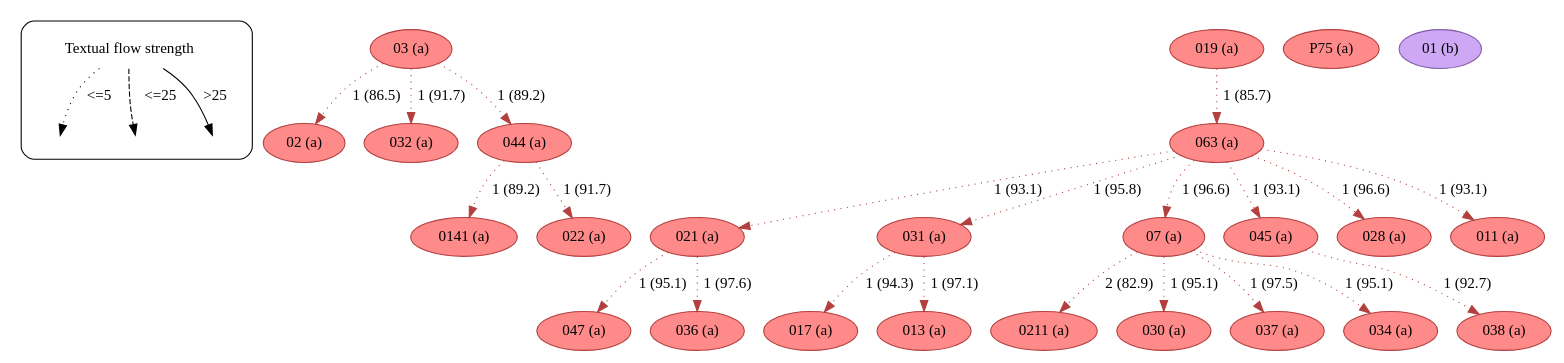
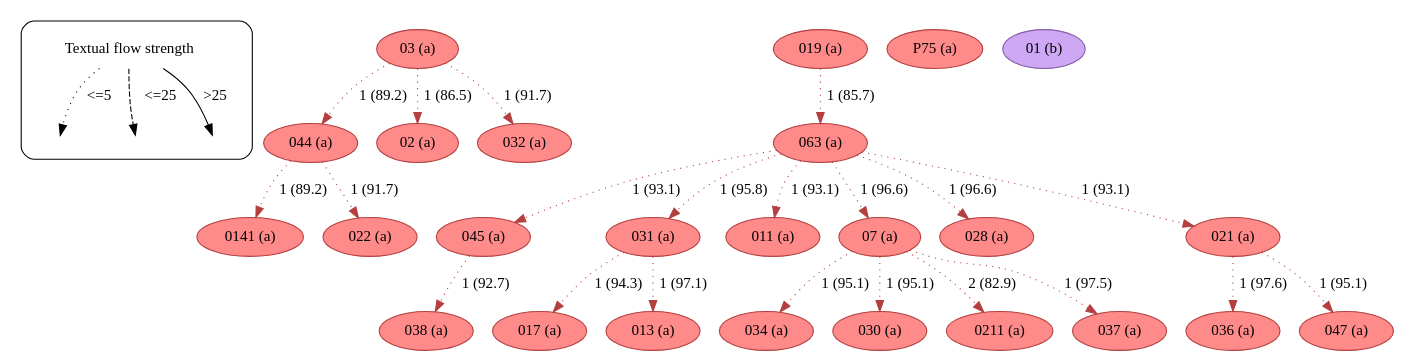
The diagram in example/c499/textual_flow_24_36_c499.dot (edmondac/CBGM), drawn with Graphviz before and after one commit. The commit also changed other lines of this file and 168 other files, not shown here.

```diff
--- a/example/c499/textual_flow_24_36_c499.dot
+++ b/example/c499/textual_flow_24_36_c499.dot
@@ -1,189 +1,189 @@
 strict digraph  {
 	node [label="\N"];
 	subgraph cluster_legend {
 		graph [style=rounded];
 		leg_s		 [label="Textual flow strength",
 			shape=plaintext];
 		leg_e1		 [fixedsize=True,
 			height=0.2,
 			label="",
 			style=invis];
 		leg_s -> leg_e1		 [label="<=5  ",
 			style=dotted];
 		leg_e2		 [fixedsize=True,
 			height=0.2,
 			label="",
 			style=invis];
 		leg_s -> leg_e2		 [label="  <=25",
 			style=dashed];
 		leg_e3		 [fixedsize=True,
 			height=0.2,
 			label="",
 			style=invis];
 		leg_s -> leg_e3		 [label=">25",
 			style=solid];
 	}
 	03	 [color="#b43f3f",
 		fillcolor="#FF8A8A",
 		label="03 (a)",
 		style=filled];
+	044	 [color="#b43f3f",
+		fillcolor="#FF8A8A",
+		label="044 (a)",
+		style=filled];
+	03 -> 044	 [color="#b43f3f",
+		label="1 (89.2)",
+		style=dotted];
 	02	 [color="#b43f3f",
 		fillcolor="#FF8A8A",
 		label="02 (a)",
 		style=filled];
 	03 -> 02	 [color="#b43f3f",
 		label="1 (86.5)",
 		style=dotted];
 	032	 [color="#b43f3f",
 		fillcolor="#FF8A8A",
 		label="032 (a)",
 		style=filled];
 	03 -> 032	 [color="#b43f3f",
 		label="1 (91.7)",
 		style=dotted];
-	044	 [color="#b43f3f",
+	0141	 [color="#b43f3f",
 		fillcolor="#FF8A8A",
-		label="044 (a)",
+		label="0141 (a)",
 		style=filled];
-	03 -> 044	 [color="#b43f3f",
+	044 -> 0141	 [color="#b43f3f",
 		label="1 (89.2)",
 		style=dotted];
-	021	 [color="#b43f3f",
+	022	 [color="#b43f3f",
 		fillcolor="#FF8A8A",
-		label="021 (a)",
+		label="022 (a)",
 		style=filled];
-	047	 [color="#b43f3f",
-		fillcolor="#FF8A8A",
-		label="047 (a)",
-		style=filled];
-	021 -> 047	 [color="#b43f3f",
-		label="1 (95.1)",
-		style=dotted];
-	036	 [color="#b43f3f",
-		fillcolor="#FF8A8A",
-		label="036 (a)",
-		style=filled];
-	021 -> 036	 [color="#b43f3f",
-		label="1 (97.6)",
+	044 -> 022	 [color="#b43f3f",
+		label="1 (91.7)",
 		style=dotted];
 	063	 [color="#b43f3f",
 		fillcolor="#FF8A8A",
 		label="063 (a)",
 		style=filled];
-	063 -> 021	 [color="#b43f3f",
+	045	 [color="#b43f3f",
+		fillcolor="#FF8A8A",
+		label="045 (a)",
+		style=filled];
+	063 -> 045	 [color="#b43f3f",
 		label="1 (93.1)",
 		style=dotted];
 	031	 [color="#b43f3f",
 		fillcolor="#FF8A8A",
 		label="031 (a)",
 		style=filled];
 	063 -> 031	 [color="#b43f3f",
 		label="1 (95.8)",
 		style=dotted];
+	011	 [color="#b43f3f",
+		fillcolor="#FF8A8A",
+		label="011 (a)",
+		style=filled];
+	063 -> 011	 [color="#b43f3f",
+		label="1 (93.1)",
+		style=dotted];
 	07	 [color="#b43f3f",
 		fillcolor="#FF8A8A",
 		label="07 (a)",
 		style=filled];
 	063 -> 07	 [color="#b43f3f",
 		label="1 (96.6)",
-		style=dotted];
-	045	 [color="#b43f3f",
-		fillcolor="#FF8A8A",
-		label="045 (a)",
-		style=filled];
-	063 -> 045	 [color="#b43f3f",
-		label="1 (93.1)",
 		style=dotted];
 	028	 [color="#b43f3f",
 		fillcolor="#FF8A8A",
 		label="028 (a)",
 		style=filled];
 	063 -> 028	 [color="#b43f3f",
 		label="1 (96.6)",
 		style=dotted];
-	011	 [color="#b43f3f",
+	021	 [color="#b43f3f",
 		fillcolor="#FF8A8A",
-		label="011 (a)",
+		label="021 (a)",
 		style=filled];
-	063 -> 011	 [color="#b43f3f",
+	063 -> 021	 [color="#b43f3f",
 		label="1 (93.1)",
+		style=dotted];
+	038	 [color="#b43f3f",
+		fillcolor="#FF8A8A",
+		label="038 (a)",
+		style=filled];
+	045 -> 038	 [color="#b43f3f",
+		label="1 (92.7)",
 		style=dotted];
 	017	 [color="#b43f3f",
 		fillcolor="#FF8A8A",
 		label="017 (a)",
 		style=filled];
 	031 -> 017	 [color="#b43f3f",
 		label="1 (94.3)",
 		style=dotted];
 	013	 [color="#b43f3f",
 		fillcolor="#FF8A8A",
 		label="013 (a)",
 		style=filled];
 	031 -> 013	 [color="#b43f3f",
 		label="1 (97.1)",
 		style=dotted];
-	0211	 [color="#b43f3f",
+	034	 [color="#b43f3f",
 		fillcolor="#FF8A8A",
-		label="0211 (a)",
+		label="034 (a)",
 		style=filled];
-	07 -> 0211	 [color="#b43f3f",
-		label="2 (82.9)",
+	07 -> 034	 [color="#b43f3f",
+		label="1 (95.1)",
 		style=dotted];
 	030	 [color="#b43f3f",
 		fillcolor="#FF8A8A",
 		label="030 (a)",
 		style=filled];
 	07 -> 030	 [color="#b43f3f",
 		label="1 (95.1)",
 		style=dotted];
+	0211	 [color="#b43f3f",
+		fillcolor="#FF8A8A",
+		label="0211 (a)",
+		style=filled];
+	07 -> 0211	 [color="#b43f3f",
+		label="2 (82.9)",
+		style=dotted];
 	037	 [color="#b43f3f",
 		fillcolor="#FF8A8A",
 		label="037 (a)",
 		style=filled];
 	07 -> 037	 [color="#b43f3f",
 		label="1 (97.5)",
 		style=dotted];
-	034	 [color="#b43f3f",
+	036	 [color="#b43f3f",
 		fillcolor="#FF8A8A",
-		label="034 (a)",
+		label="036 (a)",
 		style=filled];
-	07 -> 034	 [color="#b43f3f",
+	021 -> 036	 [color="#b43f3f",
+		label="1 (97.6)",
+		style=dotted];
+	047	 [color="#b43f3f",
+		fillcolor="#FF8A8A",
+		label="047 (a)",
+		style=filled];
+	021 -> 047	 [color="#b43f3f",
 		label="1 (95.1)",
 		style=dotted];
 	019	 [color="#b43f3f",
 		fillcolor="#FF8A8A",
 		label="019 (a)",
 		style=filled];
 	019 -> 063	 [color="#b43f3f",
 		label="1 (85.7)",
-		style=dotted];
-	038	 [color="#b43f3f",
-		fillcolor="#FF8A8A",
-		label="038 (a)",
-		style=filled];
-	045 -> 038	 [color="#b43f3f",
-		label="1 (92.7)",
-		style=dotted];
-	0141	 [color="#b43f3f",
-		fillcolor="#FF8A8A",
-		label="0141 (a)",
-		style=filled];
-	044 -> 0141	 [color="#b43f3f",
-		label="1 (89.2)",
-		style=dotted];
-	022	 [color="#b43f3f",
-		fillcolor="#FF8A8A",
-		label="022 (a)",
-		style=filled];
-	044 -> 022	 [color="#b43f3f",
-		label="1 (91.7)",
 		style=dotted];
 	P75	 [color="#b43f3f",
 		fillcolor="#FF8A8A",
 		label="P75 (a)",
 		style=filled];
 	01	 [color="#835da9",
 		fillcolor="#CEA8F4",
 		label="01 (b)",
 		style=filled];
 }
```
